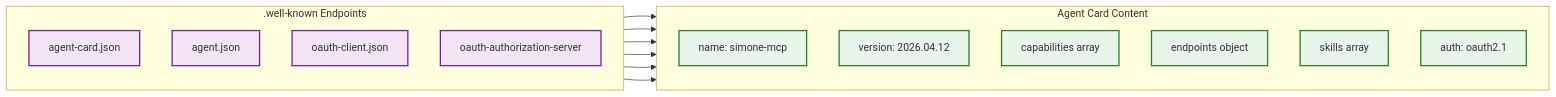
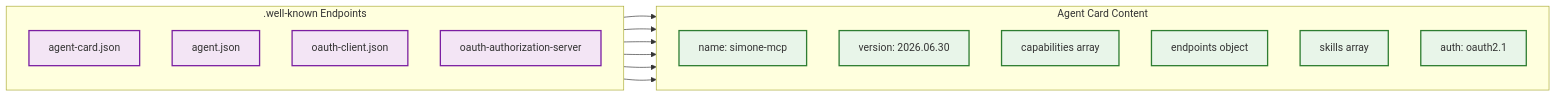
Before and after one commit to OpenSIN-Code/SIN-Code: diagram 15 of 15 in legacy/simone-mcp/docs/architecture.md, drawn with Mermaid. The commit also changed other lines of this file and 19 other files, not shown here.

````diff
--- a/legacy/simone-mcp/docs/architecture.md
+++ b/legacy/simone-mcp/docs/architecture.md
@@ -556,33 +561,33 @@
 ```mermaid
 flowchart LR
     subgraph WellKnown[".well-known Endpoints"]
         direction TB
         CARD["agent-card.json"]
         AGENTFILE["agent.json"]
         OAUTHCLIENT["oauth-client.json"]
         OAUTHSERVER["oauth-authorization-server"]
     end
 
     subgraph CardContent["Agent Card Content"]
         direction TB
         NAMEFIELD["name: simone-mcp"]
-        VERSIONFIELD["version: 2026.04.12"]
+        VERSIONFIELD["version: 2026.06.30"]
         CAPSFIELD["capabilities array"]
         ENDPOINTSFIELD["endpoints object"]
         SKILLSFIELD["skills array"]
         AUTHFIELD["auth: oauth2.1"]
     end
 
     CARD --> NAMEFIELD
     CARD --> VERSIONFIELD
     CARD --> CAPSFIELD
     CARD --> ENDPOINTSFIELD
     CARD --> SKILLSFIELD
     CARD --> AUTHFIELD
 
     classDef wkClass fill:#f3e5f5,stroke:#7b1fa2,stroke-width:2px
     classDef contentClass fill:#e8f5e9,stroke:#2e7d32,stroke-width:2px
 
     class CARD,AGENTFILE,OAUTHCLIENT,OAUTHSERVER wkClass
     class NAMEFIELD,VERSIONFIELD,CAPSFIELD,ENDPOINTSFIELD,SKILLSFIELD,AUTHFIELD contentClass
 ```
````
